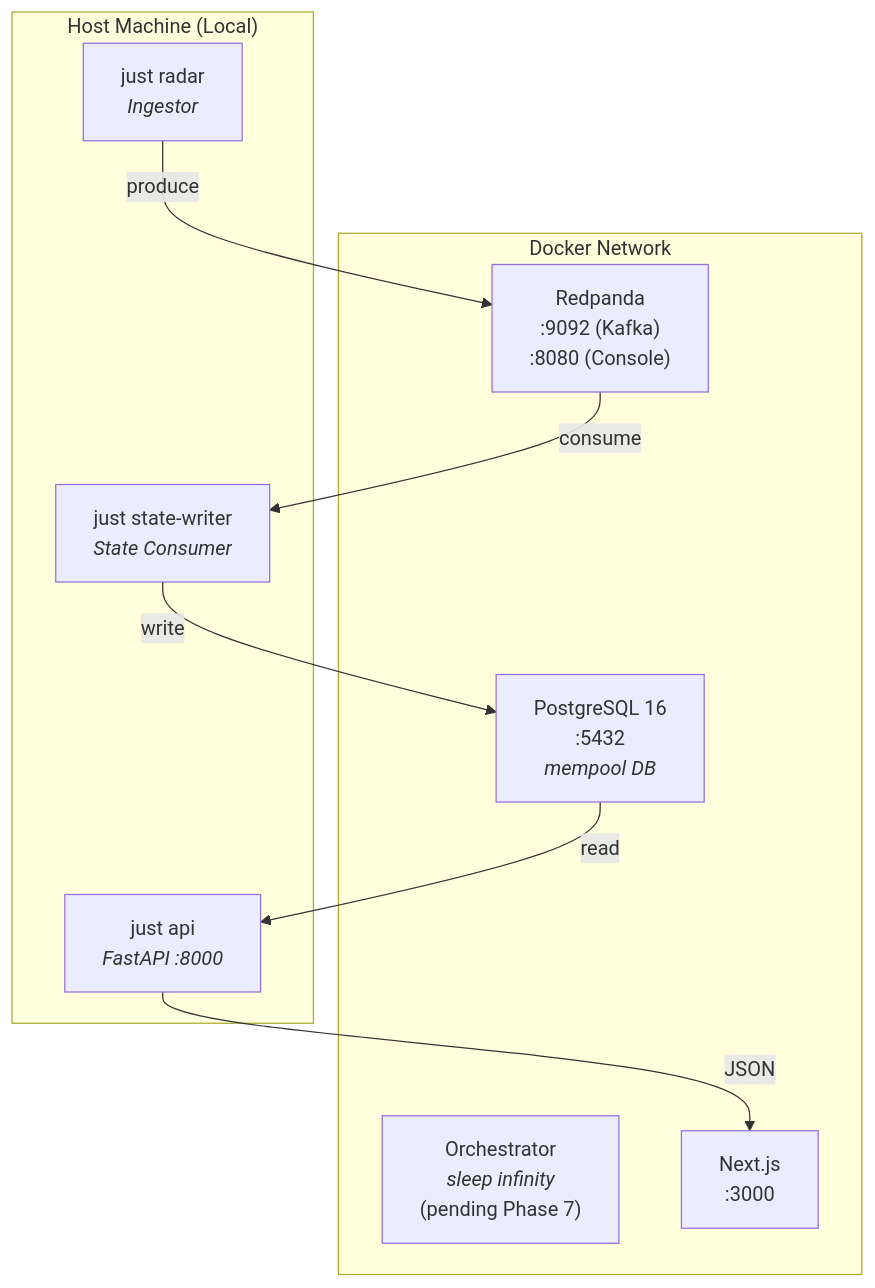
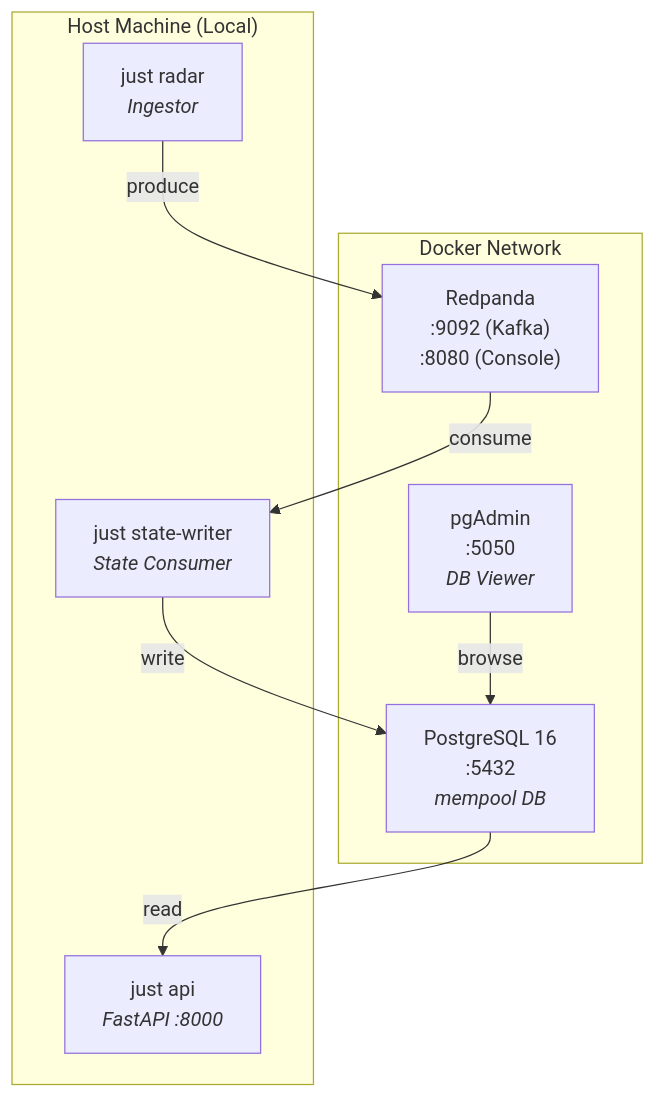
Before and after one commit to ieshatchuell/mempool-orchestrator: the eighth of 8 diagrams in docs/architecture.md, drawn with Mermaid. The commit also changed other lines of this file and 19 other files, not shown here.

Commit message:
feat: complete phase 6.5 infra, api enrichment and logic migration

````diff
--- a/docs/architecture.md
+++ b/docs/architecture.md
@@ -269,21 +278,20 @@
 ```mermaid
 graph TB
     subgraph "Docker Network"
         RP["Redpanda<br/>:9092 (Kafka)<br/>:8080 (Console)"]
         PG["PostgreSQL 16<br/>:5432<br/><i>mempool DB</i>"]
-        ORCH["Orchestrator<br/><i>sleep infinity</i><br/>(pending Phase 7)"]
-        DASH["Next.js<br/>:3000"]
+        PGA["pgAdmin<br/>:5050<br/><i>DB Viewer</i>"]
     end
 
     subgraph "Host Machine (Local)"
         ING["just radar<br/><i>Ingestor</i>"]
         SC["just state-writer<br/><i>State Consumer</i>"]
         API["just api<br/><i>FastAPI :8000</i>"]
     end
 
     ING -->|produce| RP
     RP -->|consume| SC
     SC -->|write| PG
     PG -->|read| API
-    API -->|JSON| DASH
+    PGA -->|"browse"| PG
 ```
````
